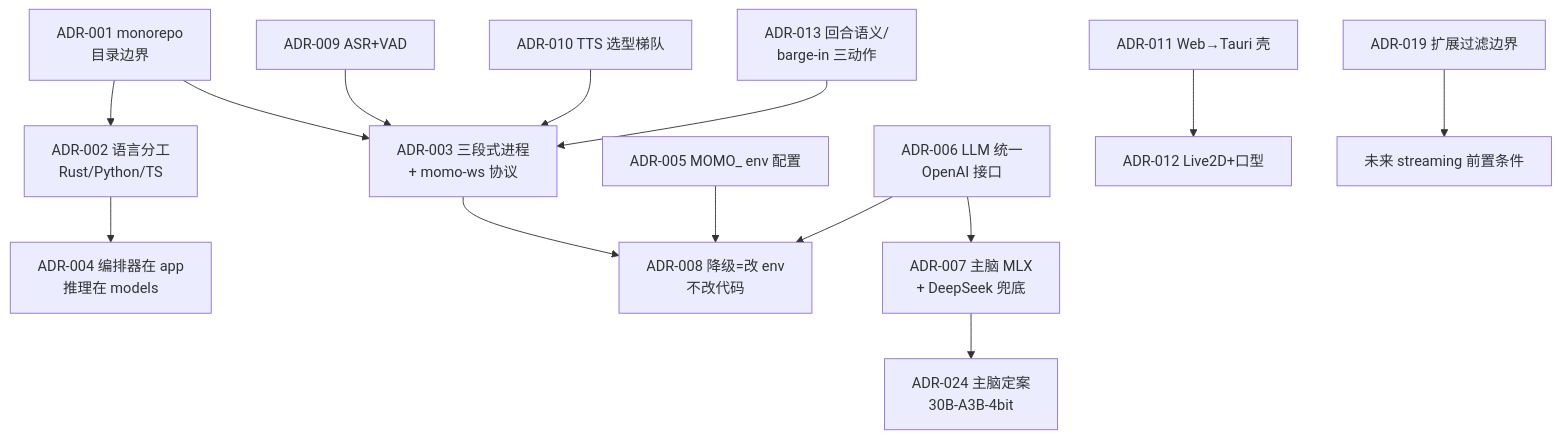
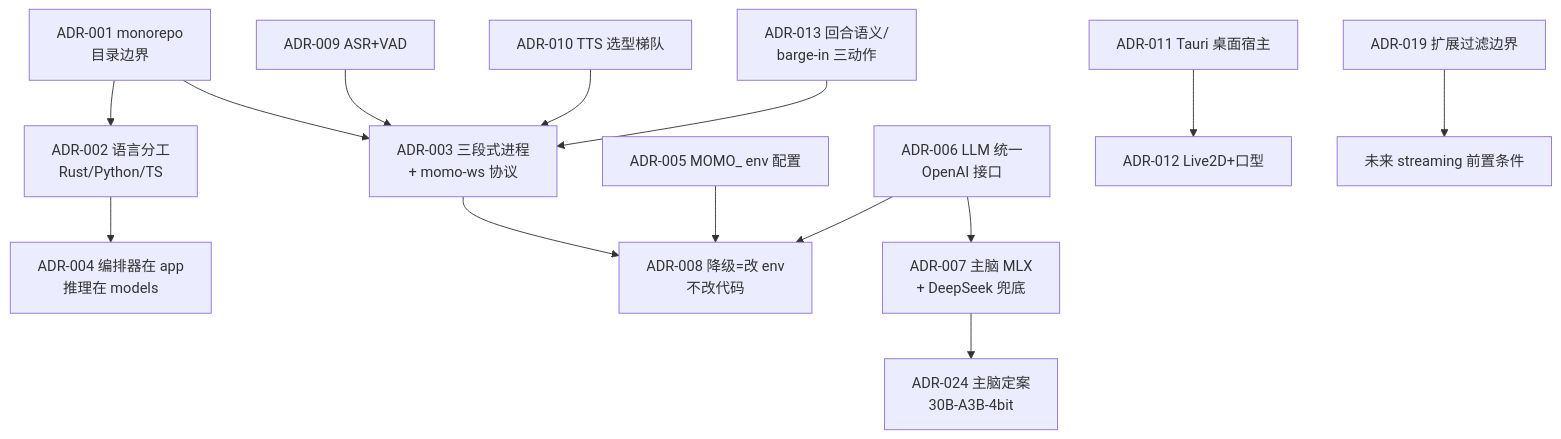
The diagram in docs/00-context/decisions.md (Momoyeyu/momo), drawn with Mermaid before and after one commit. The commit also changed other lines of this file and 23 other files, not shown here.

````diff
--- a/docs/00-context/decisions.md
+++ b/docs/00-context/decisions.md
@@ -6,16 +6,16 @@
 ```mermaid
 flowchart TD
     ADR001["ADR-001 monorepo<br/>目录边界"] --> ADR002["ADR-002 语言分工<br/>Rust/Python/TS"]
     ADR001 --> ADR003["ADR-003 三段式进程<br/>+ momo-ws 协议"]
     ADR002 --> ADR004["ADR-004 编排器在 app<br/>推理在 models"]
     ADR003 --> ADR008["ADR-008 降级=改 env<br/>不改代码"]
     ADR005["ADR-005 MOMO_ env 配置"] --> ADR008
     ADR006["ADR-006 LLM 统一<br/>OpenAI 接口"] --> ADR007["ADR-007 主脑 MLX<br/>+ DeepSeek 兜底"]
     ADR007 --> ADR024["ADR-024 主脑定案<br/>30B-A3B-4bit"]
     ADR006 --> ADR008
     ADR009["ADR-009 ASR+VAD"] --> ADR003
     ADR010["ADR-010 TTS 选型梯队"] --> ADR003
-    ADR011["ADR-011 Web→Tauri 壳"] --> ADR012["ADR-012 Live2D+口型"]
+    ADR011["ADR-011 Tauri 桌面宿主"] --> ADR012["ADR-012 Live2D+口型"]
     ADR013["ADR-013 回合语义/<br/>barge-in 三动作"] --> ADR003
     ADR019["ADR-019 扩展过滤边界"] --> FUTURE["未来 streaming 前置条件"]
 ```
````
